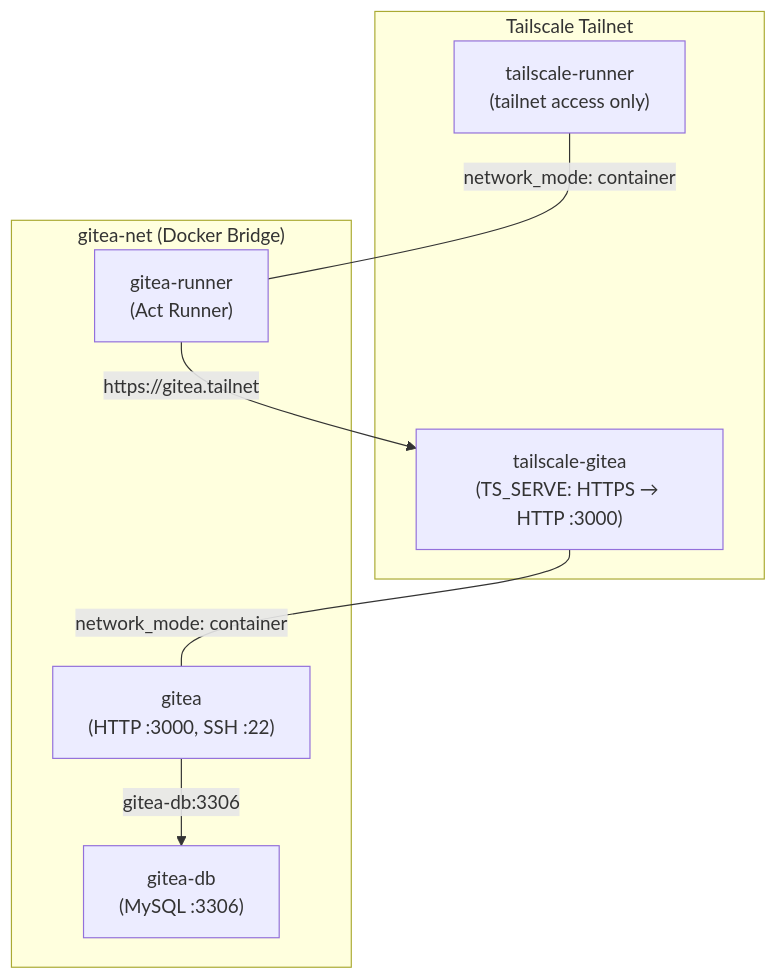
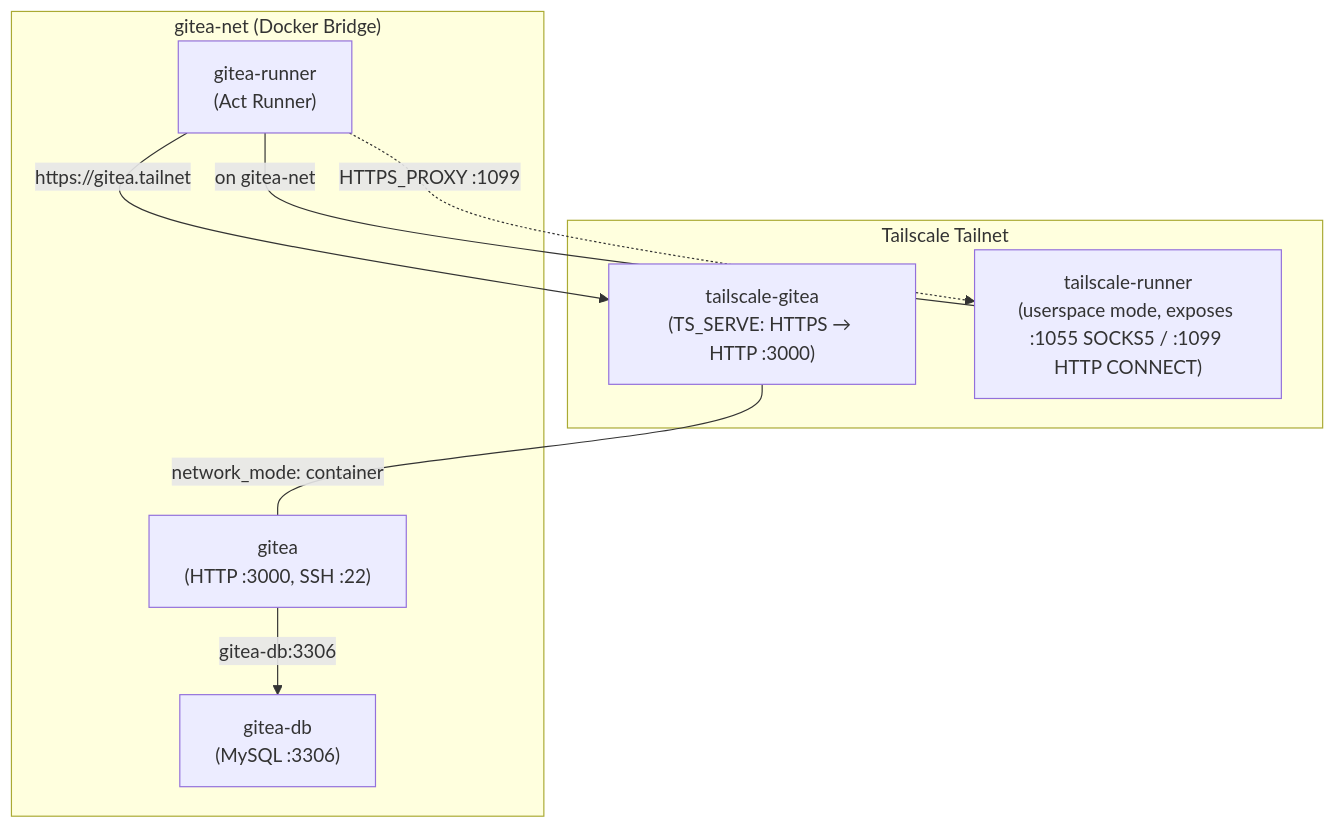
One commit to jaxzin/jaxzin-infra-bootstrap changed the first of 3 diagrams in README.md. Above: the diagram before and after it, drawn with Mermaid.

Commit message:
docs(README): update container-networking diagram for asymmetric sidecar topology
The Mermaid diagram in the Container Networking section still showed
the old `network_mode: container` shared-namespace pattern for the
runner sidecar, which has been replaced with the userspace-mode +
multi-network topology in this branch. Update to reflect:

- TR_TS node label calls out userspace mode and the :1055 SOCKS5 /
  :1099 HTTP CONNECT proxy ports it exposes.
- The runner-to-sidecar edge becomes two: a solid network-adjacency
  edge ("on gitea-net") and a dotted egress-proxy edge
  ("HTTPS_PROXY :1099"). The old `network_mode: container` annotation
  is removed.

Finding addressed: B3 (tech-writer #2, stale Mermaid diagram).

````diff
--- a/README.md
+++ b/README.md
@@ -64,14 +64,15 @@
 ```mermaid
 flowchart TB
     subgraph Tailnet["Tailscale Tailnet"]
         TG_TS["tailscale-gitea<br/>(TS_SERVE: HTTPS → HTTP :3000)"]
-        TR_TS["tailscale-runner<br/>(tailnet access only)"]
+        TR_TS["tailscale-runner<br/>(userspace mode, exposes :1055 SOCKS5 / :1099 HTTP CONNECT)"]
     end
     subgraph DockerNet["gitea-net (Docker Bridge)"]
         TG_TS --- |"network_mode: container"| Gitea["gitea<br/>(HTTP :3000, SSH :22)"]
         DB["gitea-db<br/>(MySQL :3306)"]
-        TR_TS --- |"network_mode: container"| Runner["gitea-runner<br/>(Act Runner)"]
+        Runner["gitea-runner<br/>(Act Runner)"] --- |"on gitea-net"| TR_TS
+        Runner -.->|"HTTPS_PROXY :1099"| TR_TS
     end
     Gitea --> |"gitea-db:3306"| DB
     Runner --> |"https://gitea.tailnet"| TG_TS
 ```
````
